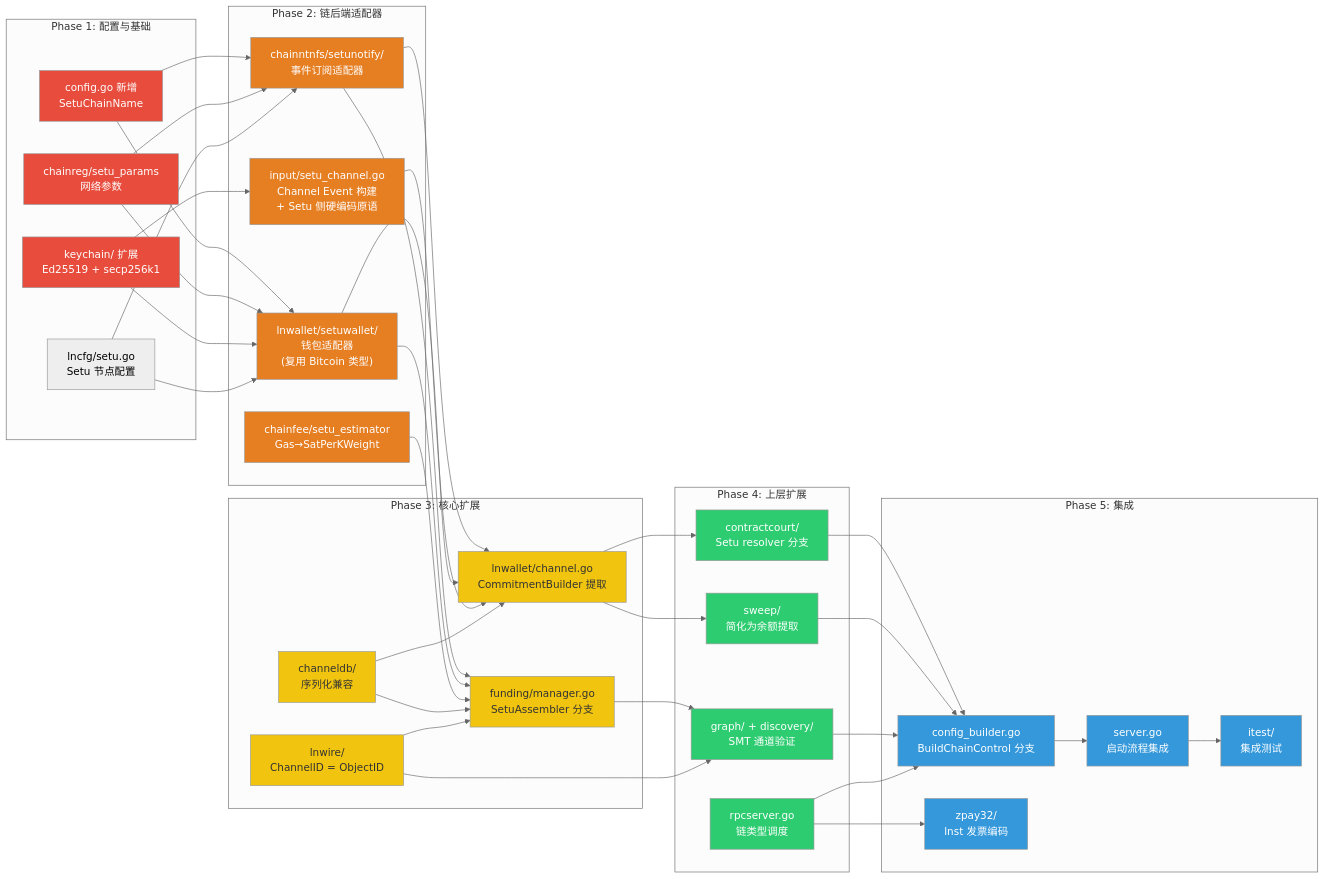
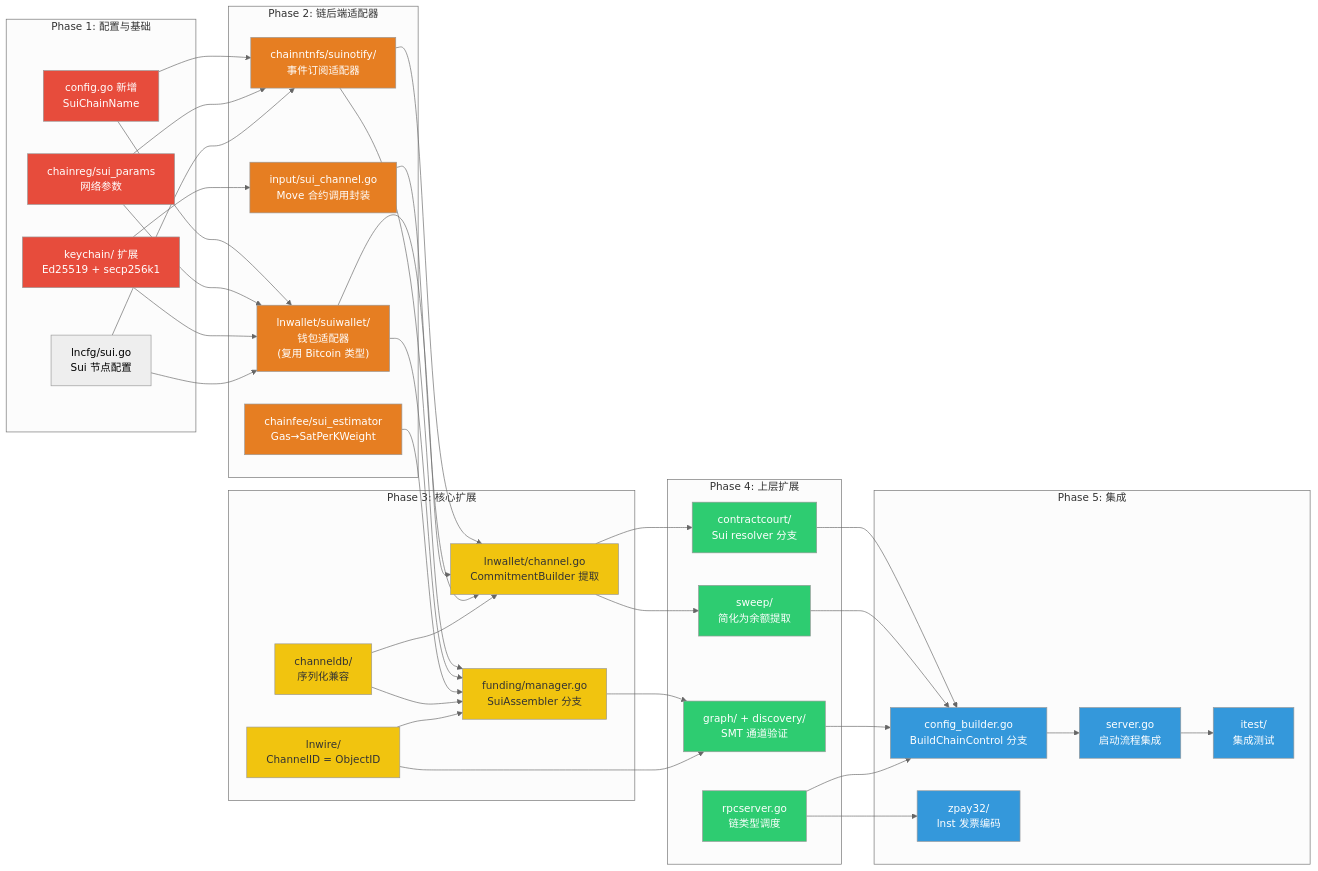
One commit to loka-network/loka-p2p-lnd changed the eighth of 9 diagrams in 1-refactor-docs/lnd-and-setu-integration.md. Above: the diagram before and after it, drawn with Mermaid (neutral theme). The commit also changed other lines of this file and 43 other files, not shown here.

Commit message:
Refactor: Transition from Setu to Sui backend and implement base RPC client and wallet balance mapping

````diff
--- a/1-refactor-docs/lnd-and-setu-integration.md
+++ b/1-refactor-docs/lnd-and-setu-integration.md
@@ -412,76 +406,76 @@
 ```mermaid
 graph LR
     subgraph "Phase 1: 配置与基础"
-        P1A["config.go 新增<br/>SetuChainName"]
-        P1B["chainreg/setu_params<br/>网络参数"]
+        P1A["config.go 新增<br/>SuiChainName"]
+        P1B["chainreg/sui_params<br/>网络参数"]
         P1C["keychain/ 扩展<br/>Ed25519 + secp256k1"]
-        P1D["lncfg/setu.go<br/>Setu 节点配置"]
+        P1D["lncfg/sui.go<br/>Sui 节点配置"]
     end
 
     subgraph "Phase 2: 链后端适配器"
-        P2A["chainntnfs/setunotify/<br/>事件订阅适配器"]
-        P2B["lnwallet/setuwallet/<br/>钱包适配器<br/>(复用 Bitcoin 类型)"]
-        P2C["input/setu_channel.go<br/>Channel Event 构建<br/>+ Setu 侧硬编码原语"]
-        P2D["chainfee/setu_estimator<br/>Gas→SatPerKWeight"]
+        P2A["chainntnfs/suinotify/<br/>事件订阅适配器"]
+        P2B["lnwallet/suiwallet/<br/>钱包适配器<br/>(复用 Bitcoin 类型)"]
+        P2C["input/sui_channel.go<br/>Move 合约调用封装"]
+        P2D["chainfee/sui_estimator<br/>Gas→SatPerKWeight"]
     end
 
     subgraph "Phase 3: 核心扩展"
         P3A["lnwallet/channel.go<br/>CommitmentBuilder 提取"]
-        P3B["funding/manager.go<br/>SetuAssembler 分支"]
+        P3B["funding/manager.go<br/>SuiAssembler 分支"]
         P3C["channeldb/<br/>序列化兼容"]
         P3D["lnwire/<br/>ChannelID = ObjectID"]
     end
 
     subgraph "Phase 4: 上层扩展"
-        P4A["contractcourt/<br/>Setu resolver 分支"]
+        P4A["contractcourt/<br/>Sui resolver 分支"]
         P4B["sweep/<br/>简化为余额提取"]
         P4C["graph/ + discovery/<br/>SMT 通道验证"]
         P4D["rpcserver.go<br/>链类型调度"]
     end
 
     subgraph "Phase 5: 集成"
         P5A["config_builder.go<br/>BuildChainControl 分支"]
         P5B["server.go<br/>启动流程集成"]
         P5C["zpay32/<br/>lnst 发票编码"]
         P5D["itest/<br/>集成测试"]
     end
 
     P1A --> P2A & P2B
     P1B --> P2A & P2B
     P1C --> P2B & P2C
     P1D --> P2A & P2B
 
     P2A --> P3A & P3B
     P2B --> P3A & P3B
     P2C --> P3A
     P2D --> P3B
 
     P3A --> P4A & P4B
     P3B --> P4C
     P3C --> P3A & P3B
     P3D --> P3B & P4C
 
     P4A & P4B & P4C & P4D --> P5A
     P5A --> P5B --> P5D
     P4D --> P5C
 
     style P1A fill:#e74c3c,color:#fff
     style P1B fill:#e74c3c,color:#fff
     style P1C fill:#e74c3c,color:#fff
     style P2A fill:#e67e22,color:#fff
     style P2B fill:#e67e22,color:#fff
     style P2C fill:#e67e22,color:#fff
     style P2D fill:#e67e22,color:#fff
     style P3A fill:#f1c40f,color:#333
     style P3B fill:#f1c40f,color:#333
     style P3C fill:#f1c40f,color:#333
     style P3D fill:#f1c40f,color:#333
     style P4A fill:#2ecc71,color:#fff
     style P4B fill:#2ecc71,color:#fff
     style P4C fill:#2ecc71,color:#fff
     style P4D fill:#2ecc71,color:#fff
     style P5A fill:#3498db,color:#fff
     style P5B fill:#3498db,color:#fff
     style P5C fill:#3498db,color:#fff
     style P5D fill:#3498db,color:#fff
 ```
````
